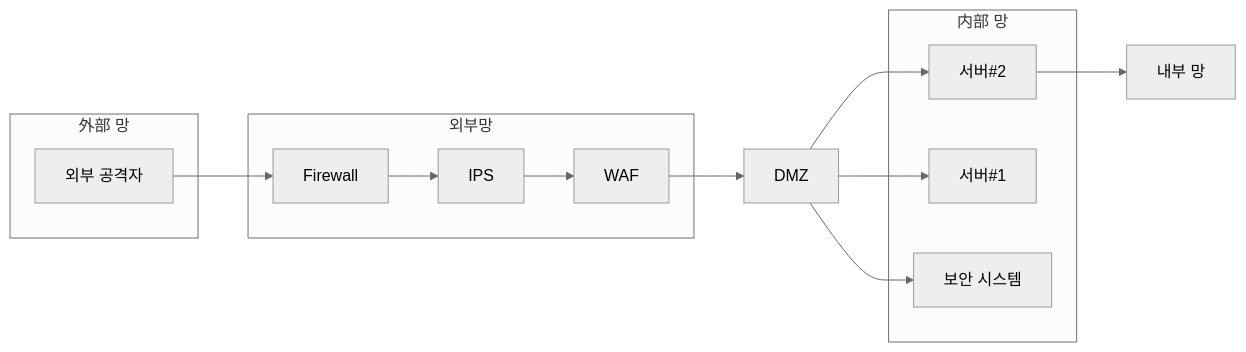
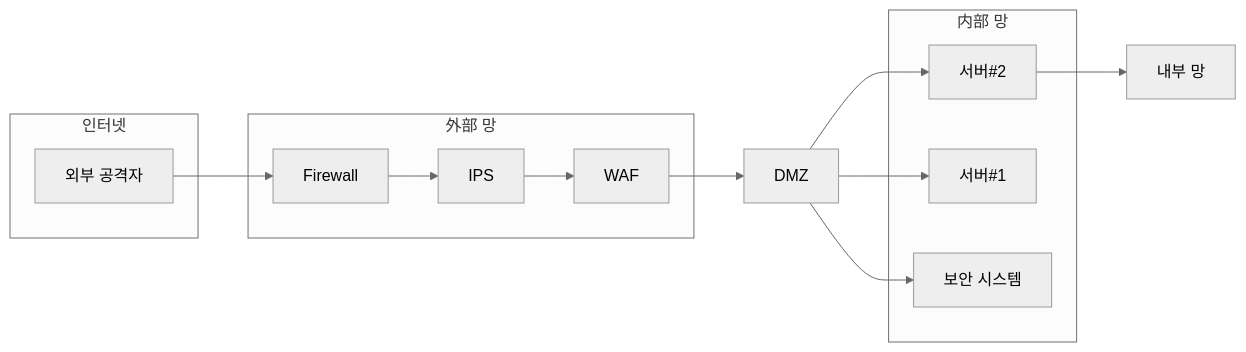
Before and after one commit to qubitsec/plura: the diagram in philosophy/ko/why-PLURA-XDR.md, drawn with Mermaid (neutral theme).

````diff
--- a/philosophy/ko/why-PLURA-XDR.md
+++ b/philosophy/ko/why-PLURA-XDR.md
@@ -21,28 +21,28 @@
 ```mermaid
 flowchart LR
     외부공격자[외부 공격자] -->Firewall
     Firewall --> IPS
     IPS --> WAF
     WAF --> DMZ[DMZ]
     내부서버2 --> 내부망[내부 망]
     
-    subgraph 공격자[外部 망]
+    subgraph 공격자[인터넷]
         외부공격자
     end
     
-    subgraph 외부망[외부망]
+    subgraph 외부망[外部 망]
         Firewall
         IPS
         WAF
     end
     
     subgraph 내부망구역[内部 망]
         내부서버1[서버#1]
         내부서버2[서버#2]
         내부보안[보안 시스템]
     end
     
     DMZ --> 내부서버1
     DMZ --> 내부서버2
     DMZ --> 내부보안
 ```
````
